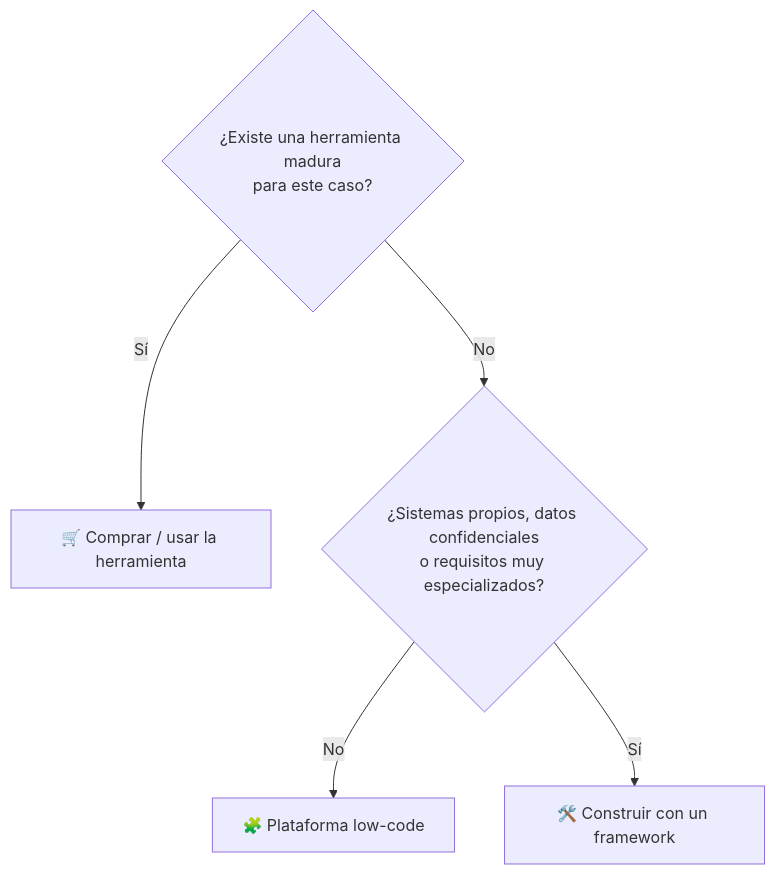
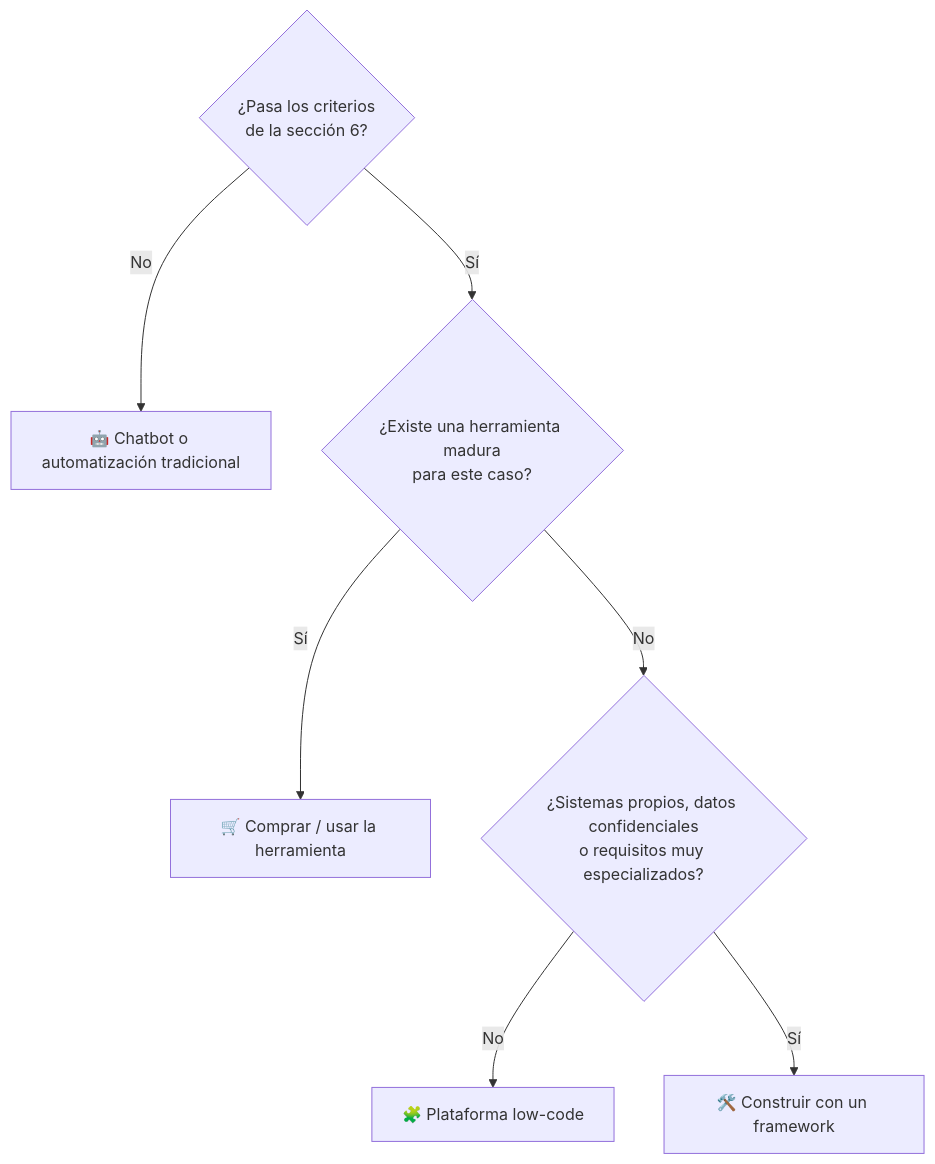
Before and after one commit to JavierDataAnalyst/Agentes-de-IA: the third of 8 diagrams in README.md, drawn with Mermaid. The commit also changed other lines of this file, not shown here.

````diff
--- a/README.md
+++ b/README.md
@@ -175,7 +217,9 @@
 ```mermaid
 flowchart TD
-    Q1{"¿Existe una herramienta madura<br/>para este caso?"} -- Sí --> R1["🛒 Comprar / usar la herramienta"]
+    Q0{"¿Pasa los criterios<br/>de la sección 6?"} -- No --> R0["🤖 Chatbot o automatización tradicional"]
+    Q0 -- Sí --> Q1{"¿Existe una herramienta madura<br/>para este caso?"}
+    Q1 -- Sí --> R1["🛒 Comprar / usar la herramienta"]
     Q1 -- No --> Q2{"¿Sistemas propios, datos confidenciales<br/>o requisitos muy especializados?"}
     Q2 -- No --> R2["🧩 Plataforma low-code"]
     Q2 -- Sí --> R3["🛠️ Construir con un framework"]
 ```
````
